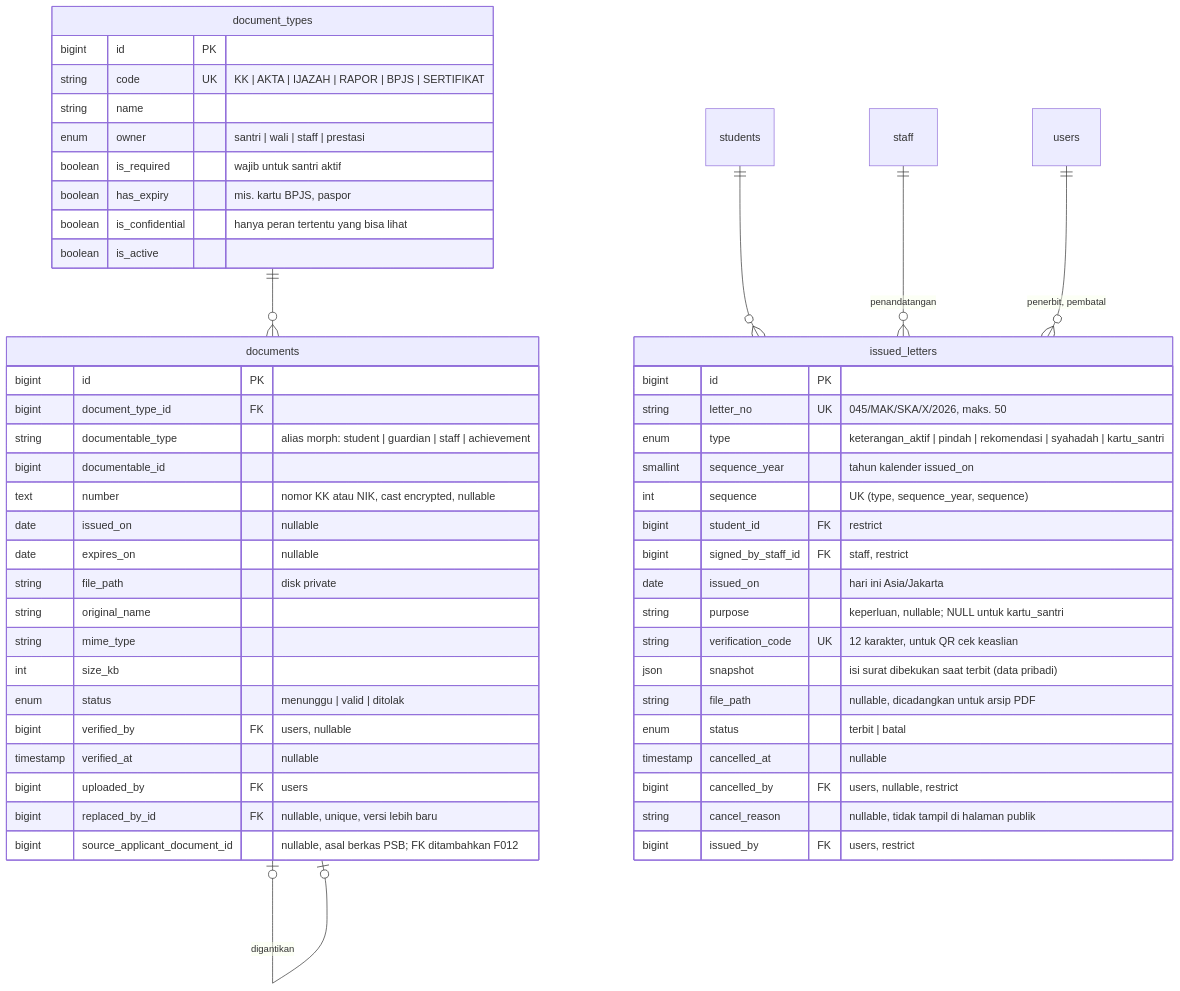
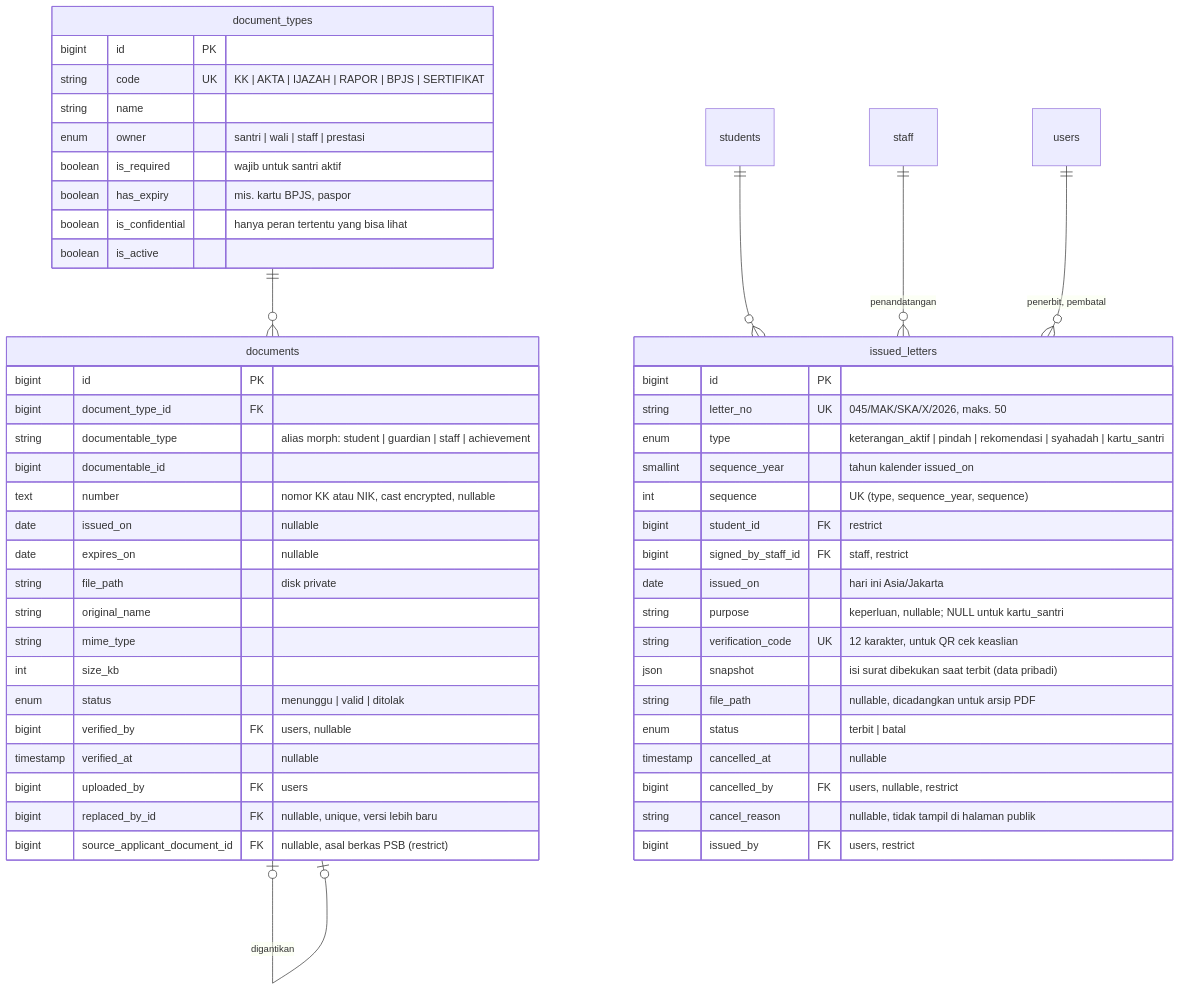
The sixth of 11 diagrams in docs/erd.md (dankedev/pondok), drawn with Mermaid before and after one commit. The commit also changed other lines of this file and 1 other file, not shown here.

Commit message:
docs(psb): sinkronkan ERD dan panduan desain untuk daftar ulang

````diff
--- a/docs/erd.md
+++ b/docs/erd.md
@@ -384,57 +384,57 @@
 ```mermaid
 erDiagram
   document_types {
     bigint id PK
     string code UK "KK | AKTA | IJAZAH | RAPOR | BPJS | SERTIFIKAT"
     string name
     enum owner "santri | wali | staff | prestasi"
     boolean is_required "wajib untuk santri aktif"
     boolean has_expiry "mis. kartu BPJS, paspor"
     boolean is_confidential "hanya peran tertentu yang bisa lihat"
     boolean is_active
   }
   documents {
     bigint id PK
     bigint document_type_id FK
     string documentable_type "alias morph: student | guardian | staff | achievement"
     bigint documentable_id
     text number "nomor KK atau NIK, cast encrypted, nullable"
     date issued_on "nullable"
     date expires_on "nullable"
     string file_path "disk private"
     string original_name
     string mime_type
     int size_kb
     enum status "menunggu | valid | ditolak"
     bigint verified_by FK "users, nullable"
     timestamp verified_at "nullable"
     bigint uploaded_by FK "users"
     bigint replaced_by_id FK "nullable, unique, versi lebih baru"
-    bigint source_applicant_document_id "nullable, asal berkas PSB; FK ditambahkan F012"
+    bigint source_applicant_document_id FK "nullable, asal berkas PSB (restrict)"
   }
   issued_letters {
     bigint id PK
     string letter_no UK "045/MAK/SKA/X/2026, maks. 50"
     enum type "keterangan_aktif | pindah | rekomendasi | syahadah | kartu_santri"
     smallint sequence_year "tahun kalender issued_on"
     int sequence "UK (type, sequence_year, sequence)"
     bigint student_id FK "restrict"
     bigint signed_by_staff_id FK "staff, restrict"
     date issued_on "hari ini Asia/Jakarta"
     string purpose "keperluan, nullable; NULL untuk kartu_santri"
     string verification_code UK "12 karakter, untuk QR cek keaslian"
     json snapshot "isi surat dibekukan saat terbit (data pribadi)"
     string file_path "nullable, dicadangkan untuk arsip PDF"
     enum status "terbit | batal"
     timestamp cancelled_at "nullable"
     bigint cancelled_by FK "users, nullable, restrict"
     string cancel_reason "nullable, tidak tampil di halaman publik"
     bigint issued_by FK "users, restrict"
   }
   document_types ||--o{ documents : ""
   documents |o--o| documents : "digantikan"
   students ||--o{ issued_letters : ""
   staff ||--o{ issued_letters : "penandatangan"
   users ||--o{ issued_letters : "penerbit, pembatal"
   
 ```
````
